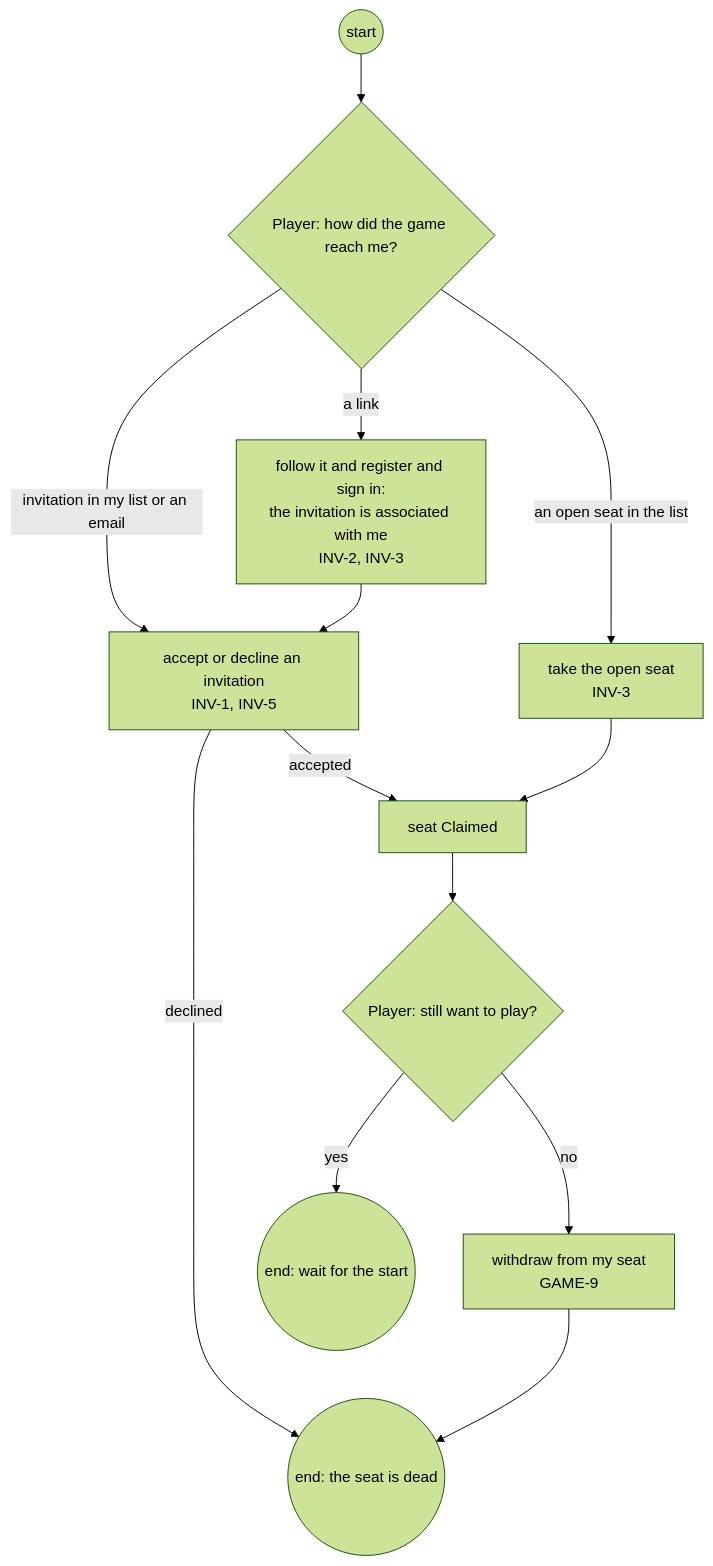
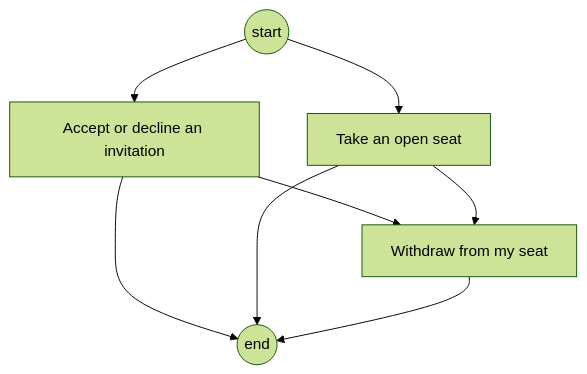
Before and after one commit to delphside/programme: the tenth of 29 diagrams in docs/changes/workstreams/application-game-architecture/71-one-game-model/71-functional.md, drawn with Mermaid (forest theme). The commit also changed other lines of this file, not shown here.

````diff
--- a/docs/changes/workstreams/application-game-architecture/71-one-game-model/71-functional.md
+++ b/docs/changes/workstreams/application-game-architecture/71-one-game-model/71-functional.md
@@ -256,15 +242,10 @@
 ```mermaid
 flowchart TD
-  s0((start)) --> d0{"Player: how did the game reach me?"}
-  d0 -- "invitation in my list or an email" --> a1["accept or decline an invitation<br/>INV-1, INV-5"]
-  d0 -- "a link" --> a2["follow it and register and sign in:<br/>the invitation is associated with me<br/>INV-2, INV-3"]
-  d0 -- "an open seat in the list" --> a3["take the open seat<br/>INV-3"]
-  a2 --> a1
-  a1 -- declined --> e0((end: the seat is dead))
-  a1 -- accepted --> c1["seat Claimed"]
-  a3 --> c1
-  c1 --> d1{"Player: still want to play?"}
-  d1 -- no --> a4["withdraw from my seat<br/>GAME-9"]
-  d1 -- yes --> e1((end: wait for the start))
-  a4 --> e0
+  s0((start)) --> a1["Accept or decline an invitation"]
+  s0 --> a2["Take an open seat"]
+  a1 --> a3["Withdraw from my seat"]
+  a2 --> a3
+  a1 --> e0((end))
+  a2 --> e0
+  a3 --> e0
 ```
````
